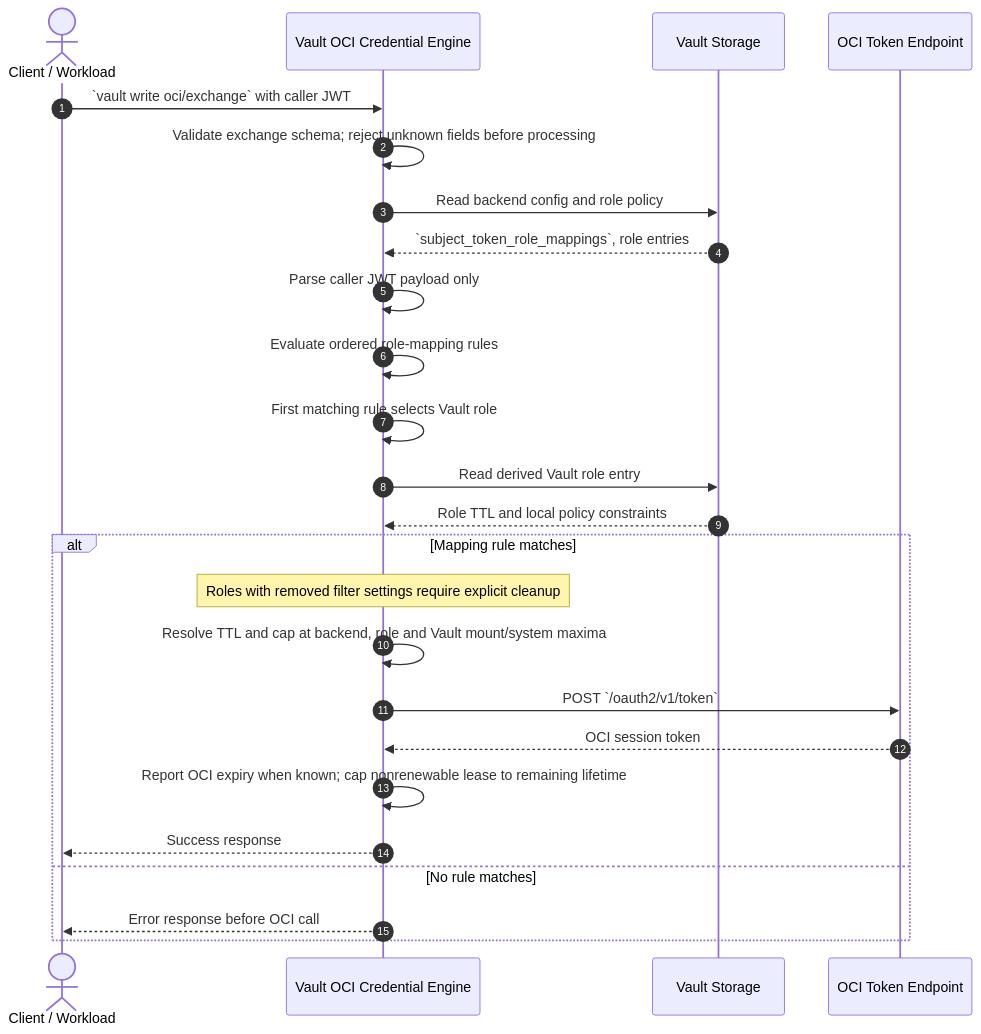
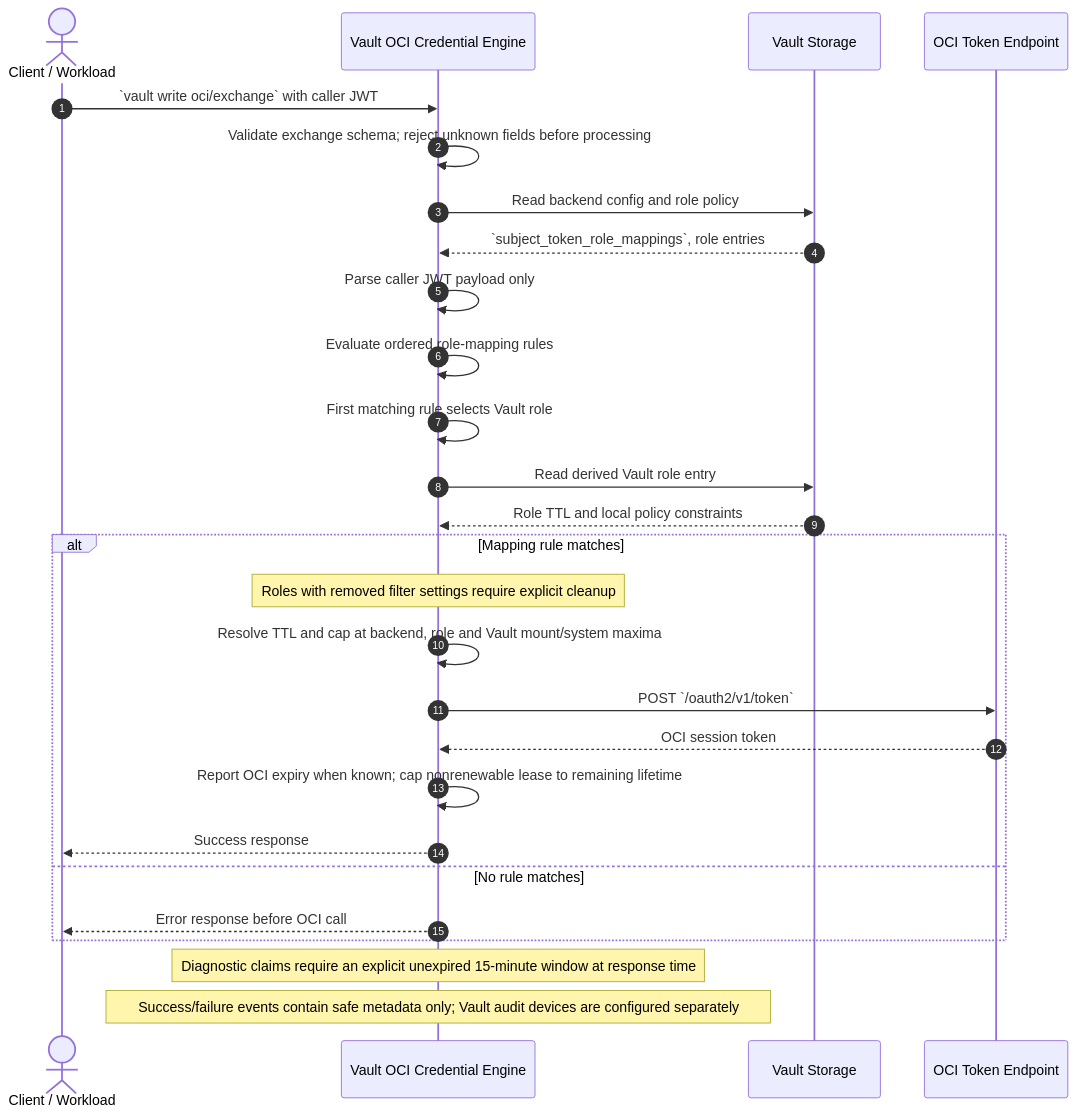
Before and after one commit to gtrevorrow/Hashicorp-OCI-credential-engine: the diagram in docs/sequence-diagrams/04-role-claim-guardrail.mmd, drawn with Mermaid. The commit also changed 29 other files, not shown here.

```diff
--- a/docs/sequence-diagrams/04-role-claim-guardrail.mmd
+++ b/docs/sequence-diagrams/04-role-claim-guardrail.mmd
@@ -1,27 +1,29 @@
 sequenceDiagram
     autonumber
     actor C as Client / Workload
     participant V as Vault OCI Credential Engine
     participant S as Vault Storage
     participant O as OCI Token Endpoint
 
     C->>V: `vault write oci/exchange` with caller JWT
     V->>V: Validate exchange schema#59; reject unknown fields before processing
     V->>S: Read backend config and role policy
     S-->>V: `subject_token_role_mappings`, role entries
     V->>V: Parse caller JWT payload only
     V->>V: Evaluate ordered role-mapping rules
     V->>V: First matching rule selects Vault role
     V->>S: Read derived Vault role entry
     S-->>V: Role TTL and local policy constraints
 
     alt Mapping rule matches
         Note over V: Roles with removed filter settings require explicit cleanup
         V->>V: Resolve TTL and cap at backend, role and Vault mount/system maxima
         V->>O: POST `/oauth2/v1/token`
         O-->>V: OCI session token
         V->>V: Report OCI expiry when known#59; cap nonrenewable lease to remaining lifetime
         V-->>C: Success response
     else No rule matches
         V-->>C: Error response before OCI call
     end
+    Note over V: Diagnostic claims require an explicit unexpired 15-minute window at response time
+    Note over V: Success/failure events contain safe metadata only#59; Vault audit devices are configured separately
```
